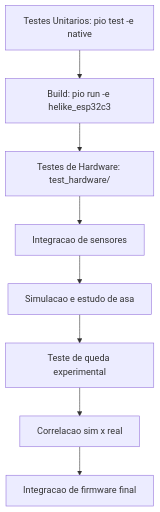
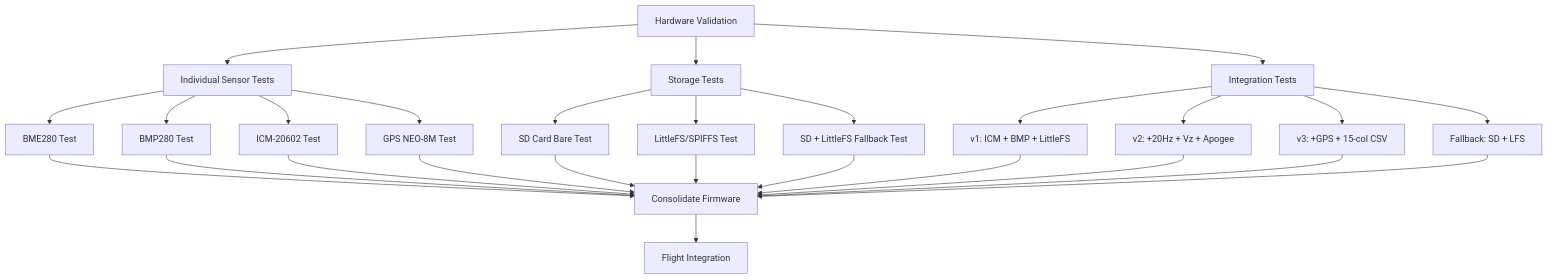
One commit to Serra-Rocketry/satellite changed the sixth of 6 diagrams in docs/flowchart.md. Above: the diagram before and after it, drawn with Mermaid. The commit also changed other lines of this file and 108 other files, not shown here.

````diff
--- a/docs/flowchart.md
+++ b/docs/flowchart.md
@@ -167,10 +131,32 @@
 ```mermaid
 flowchart TD
-    A[Testes Unitarios: pio test -e native] --> B[Build: pio run -e helike_esp32c3]
-    B --> C[Testes de Hardware: test_hardware/]
-    C --> D[Integracao de sensores]
-    D --> E[Simulacao e estudo de asa]
-    E --> F[Teste de queda experimental]
-    F --> G[Correlacao sim x real]
-    G --> H[Integracao de firmware final]
+    A[Hardware Validation] --> B[Individual Sensor Tests]
+    B --> B1[BME280 Test]
+    B --> B2[BMP280 Test]
+    B --> B3[ICM-20602 Test]
+    B --> B4[GPS NEO-8M Test]
+
+    A --> C[Storage Tests]
+    C --> C1[SD Card Bare Test]
+    C --> C2[LittleFS/SPIFFS Test]
+    C --> C3[SD + LittleFS Fallback Test]
+
+    A --> D[Integration Tests]
+    D --> D1[v1: ICM + BMP + LittleFS]
+    D --> D2[v2: +20Hz + Vz + Apogee]
+    D --> D3[v3: +GPS + 15-col CSV]
+    D --> D4[Fallback: SD + LFS]
+
+    B1 --> E[Consolidate Firmware]
+    B2 --> E
+    B3 --> E
+    B4 --> E
+    C1 --> E
+    C2 --> E
+    C3 --> E
+    D1 --> E
+    D2 --> E
+    D3 --> E
+    D4 --> E
+    E --> F[Flight Integration]
 ```
````
